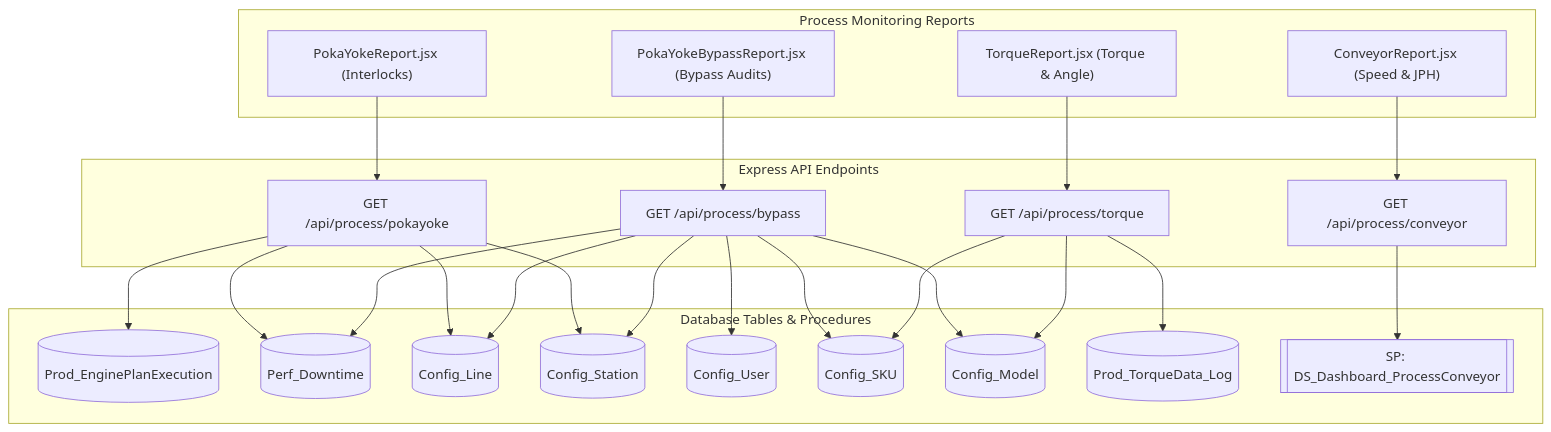
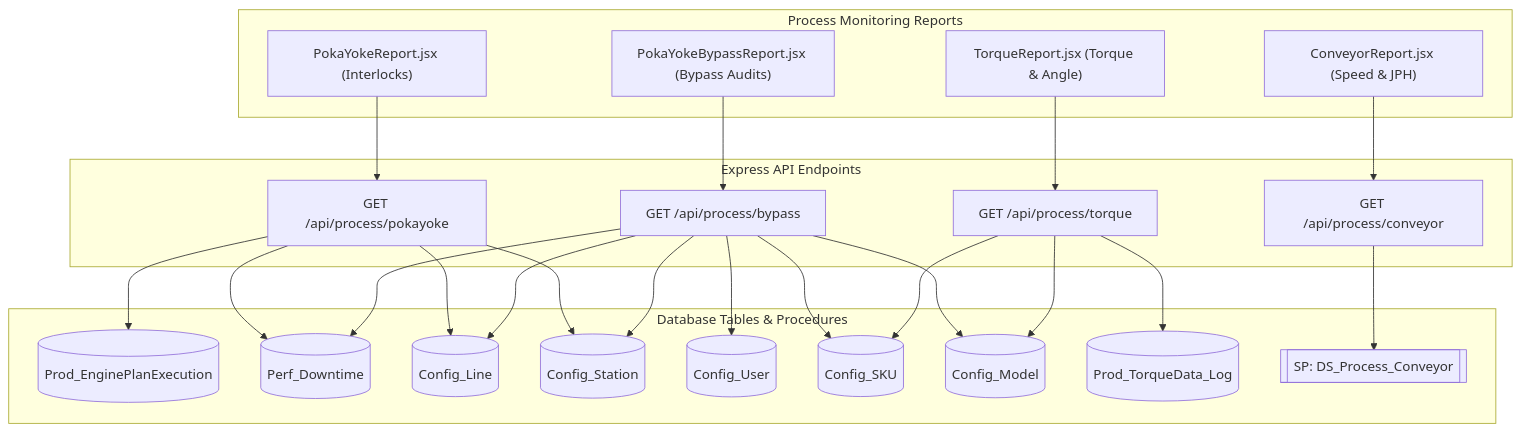
One commit to Saksham1244/BajajDashboard changed the fifth of 10 diagrams in docs/DATA_LINEAGE_AND_TABLE_MAPPING.md. Above: the diagram before and after it, drawn with Mermaid. The commit also changed other lines of this file and 69 other files, not shown here.

````diff
--- a/docs/DATA_LINEAGE_AND_TABLE_MAPPING.md
+++ b/docs/DATA_LINEAGE_AND_TABLE_MAPPING.md
@@ -179,38 +179,38 @@
 ```mermaid
 flowchart TD
     subgraph UI_Layer["Process Monitoring Reports"]
         PR1["PokaYokeReport.jsx (Interlocks)"]
         PR2["PokaYokeBypassReport.jsx (Bypass Audits)"]
         PR3["TorqueReport.jsx (Torque & Angle)"]
         PR4["ConveyorReport.jsx (Speed & JPH)"]
     end
 
     subgraph API_Layer["Express API Endpoints"]
         E_PR1["GET /api/process/pokayoke"]
         E_PR2["GET /api/process/bypass"]
         E_PR3["GET /api/process/torque"]
         E_PR4["GET /api/process/conveyor"]
     end
 
     subgraph DB_Layer["Database Tables & Procedures"]
         PM1[("Prod_EnginePlanExecution")]
         PM2[("Perf_Downtime")]
         PM3[("Config_Line")]
         PM4[("Config_Station")]
         PM5[("Config_User")]
         PM6[("Config_SKU")]
         PM7[("Config_Model")]
         PM8[("Prod_TorqueData_Log")]
-        SP_CONV[["SP: DS_Dashboard_ProcessConveyor"]]
+        SP_CONV[["SP: DS_Process_Conveyor"]]
     end
 
     PR1 --> E_PR1
     PR2 --> E_PR2
     PR3 --> E_PR3
     PR4 --> E_PR4
 
     E_PR1 --> PM1 & PM2 & PM3 & PM4
     E_PR2 --> PM2 & PM3 & PM4 & PM5 & PM6 & PM7
     E_PR3 --> PM8 & PM6 & PM7
     E_PR4 --> SP_CONV
 ```
````
